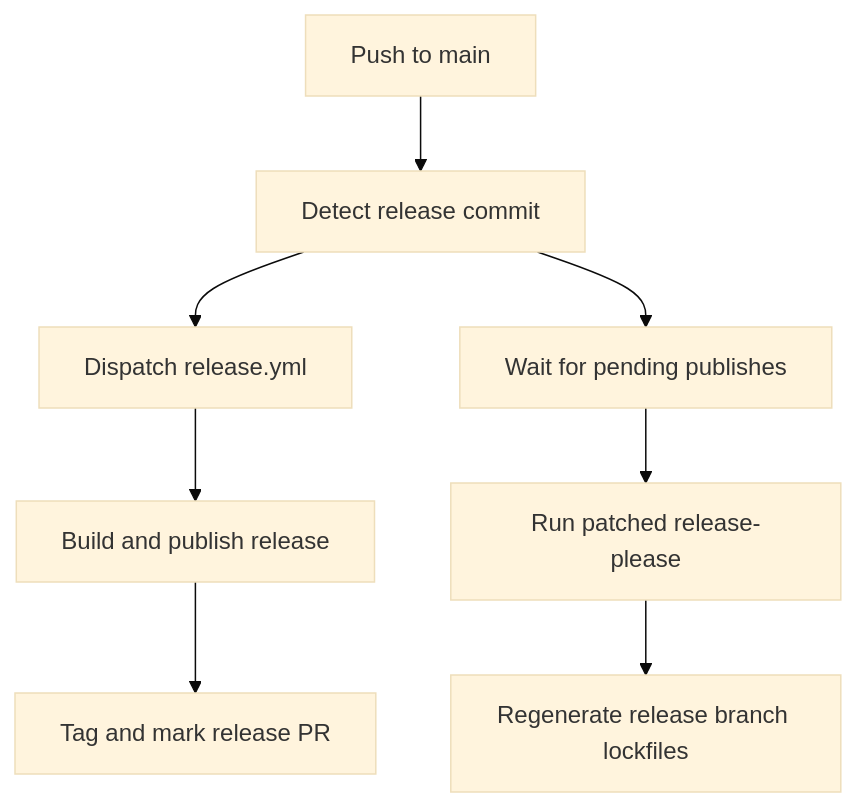
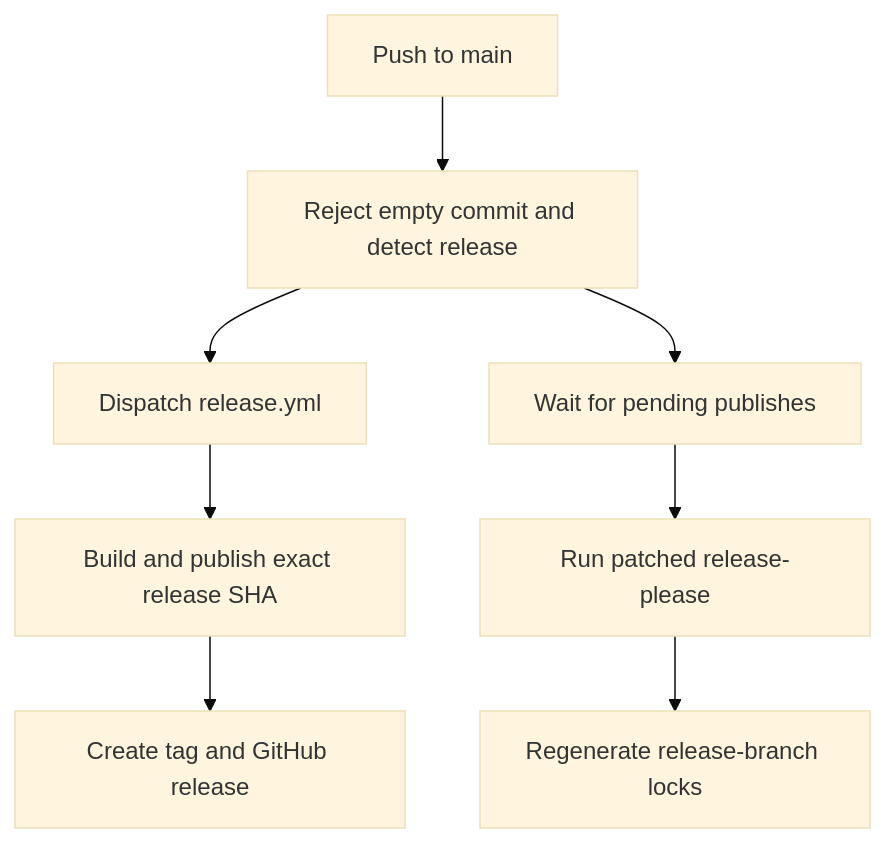
The third of 3 diagrams in openwiki/operations/development.md (langchain-ai/deepagents), drawn with Mermaid (base theme) before and after one commit. The commit also changed other lines of this file and 35 other files, not shown here.

````diff
--- a/openwiki/operations/development.md
+++ b/openwiki/operations/development.md
@@ -172,10 +174,10 @@
 ```mermaid
 flowchart TD
-    Push["Push to main"] --> Detect["Detect release commit"]
+    Push["Push to main"] --> Detect["Reject empty commit and detect release"]
     Detect --> Dispatch["Dispatch release.yml"]
-    Detect --> Guard["Wait for pending publishes"]
-    Dispatch --> Publish["Build and publish release"]
-    Publish --> Tagged["Tag and mark release PR"]
-    Guard --> Runner["Run patched release-please"]
-    Runner --> Locks["Regenerate release branch lockfiles"]
+    Detect --> Wait["Wait for pending publishes"]
+    Dispatch --> Publish["Build and publish exact release SHA"]
+    Publish --> Tagged["Create tag and GitHub release"]
+    Wait --> Runner["Run patched release-please"]
+    Runner --> Locks["Regenerate release-branch locks"]
 ```
````
